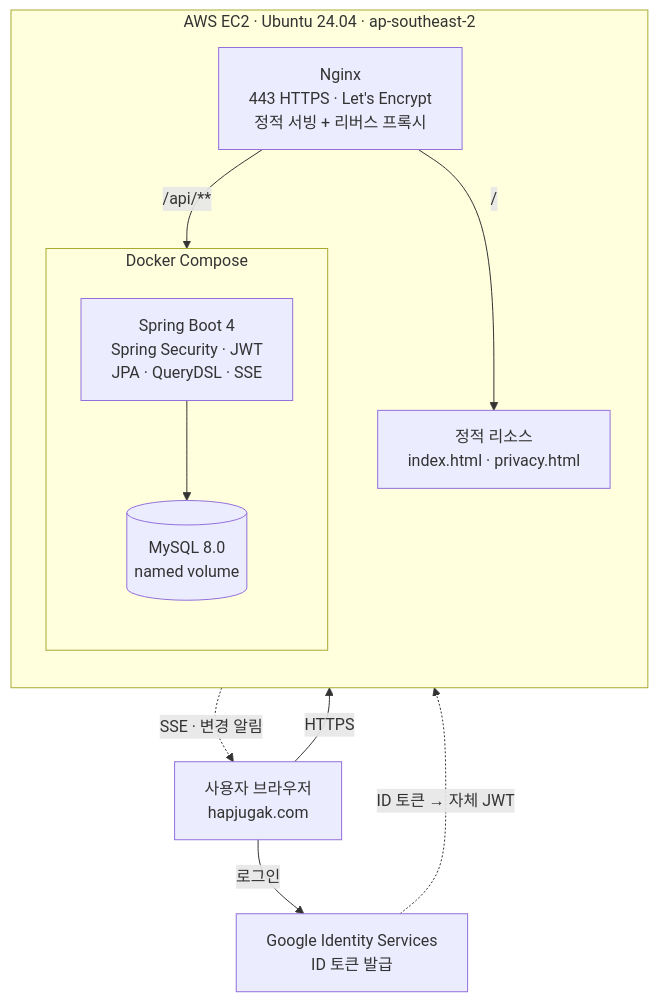
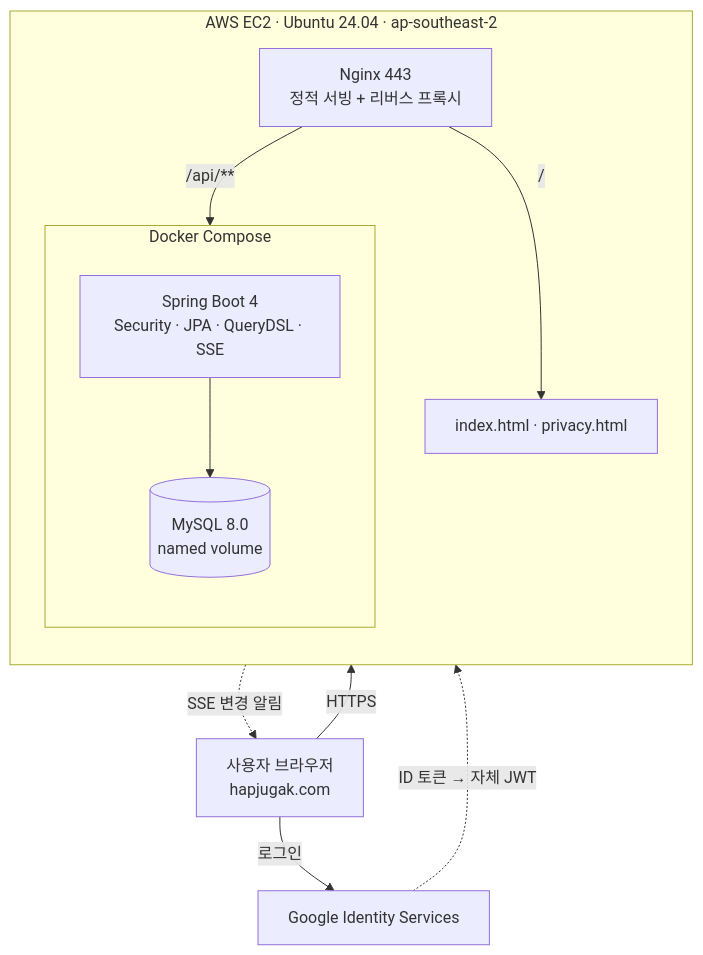
The diagram in README.md (Junho2513/hapjugak-api), drawn with Mermaid before and after one commit. The commit also changed other lines of this file, not shown here.

````diff
--- a/README.md
+++ b/README.md
@@ -56,24 +60,24 @@
 ```mermaid
 flowchart TB
     USER["사용자 브라우저<br/>hapjugak.com"]
-    GOOGLE["Google Identity Services<br/>ID 토큰 발급"]
+    GOOGLE["Google Identity Services"]
 
     subgraph EC2["AWS EC2 · Ubuntu 24.04 · ap-southeast-2"]
         direction TB
-        NGINX["Nginx<br/>443 HTTPS · Let's Encrypt<br/>정적 서빙 + 리버스 프록시"]
-        STATIC["정적 리소스<br/>index.html · privacy.html"]
+        NGINX["Nginx 443<br/>정적 서빙 + 리버스 프록시"]
+        STATIC["index.html · privacy.html"]
         subgraph COMPOSE["Docker Compose"]
             direction TB
-            API["Spring Boot 4<br/>Spring Security · JWT<br/>JPA · QueryDSL · SSE"]
+            API["Spring Boot 4<br/>Security · JPA · QueryDSL · SSE"]
             DB[("MySQL 8.0<br/>named volume")]
         end
         NGINX -->|"/"| STATIC
         NGINX -->|"/api/**"| API
         API --> DB
     end
 
     USER -->|HTTPS| NGINX
-    API -.->|"SSE · 변경 알림"| USER
+    API -.->|"SSE 변경 알림"| USER
     USER -->|로그인| GOOGLE
     GOOGLE -.->|"ID 토큰 → 자체 JWT"| API
 ```
````
